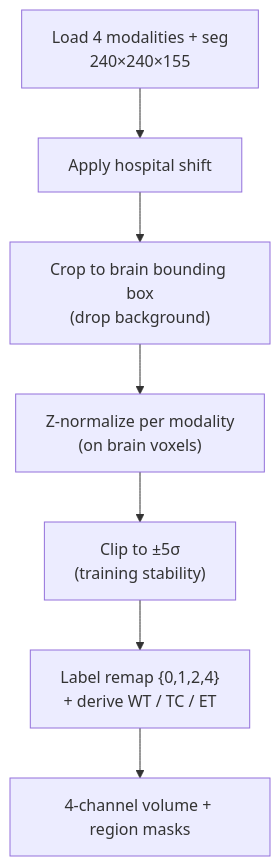
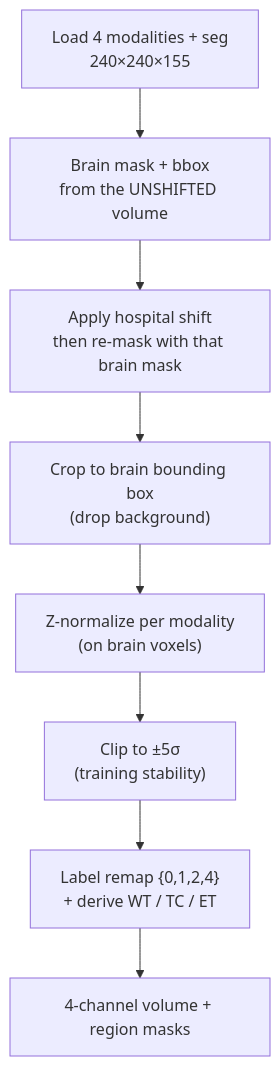
Before and after one commit to Ravijangid820/capstone: the third of 3 diagrams in docs/data-pipeline.md, drawn with Mermaid. The commit also changed other lines of this file and 9 other files, not shown here.

First line of the commit message:
Docs: environments, metrics schema, matched compute, per-volume Dice

````diff
--- a/docs/data-pipeline.md
+++ b/docs/data-pipeline.md
@@ -65,9 +78,10 @@
 ```mermaid
 flowchart TD
-    L["Load 4 modalities + seg<br/>240×240×155"] --> SH["Apply hospital shift"]
+    L["Load 4 modalities + seg<br/>240×240×155"] --> BM["Brain mask + bbox<br/>from the UNSHIFTED volume"]
+    BM --> SH["Apply hospital shift<br/>then re-mask with that brain mask"]
     SH --> CR["Crop to brain bounding box<br/>(drop background)"]
     CR --> ZN["Z-normalize per modality<br/>(on brain voxels)"]
     ZN --> CL["Clip to ±5σ<br/>(training stability)"]
     CL --> LB["Label remap {0,1,2,4}<br/>+ derive WT / TC / ET"]
     LB --> OUT["4-channel volume + region masks"]
 ```
````
